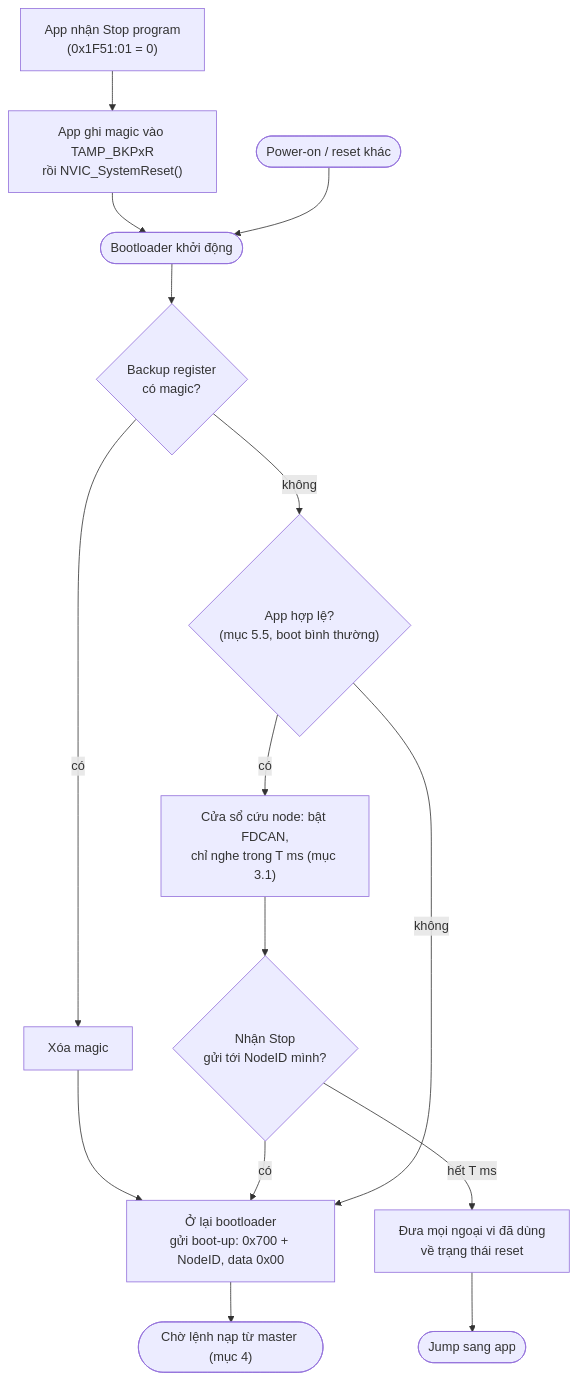
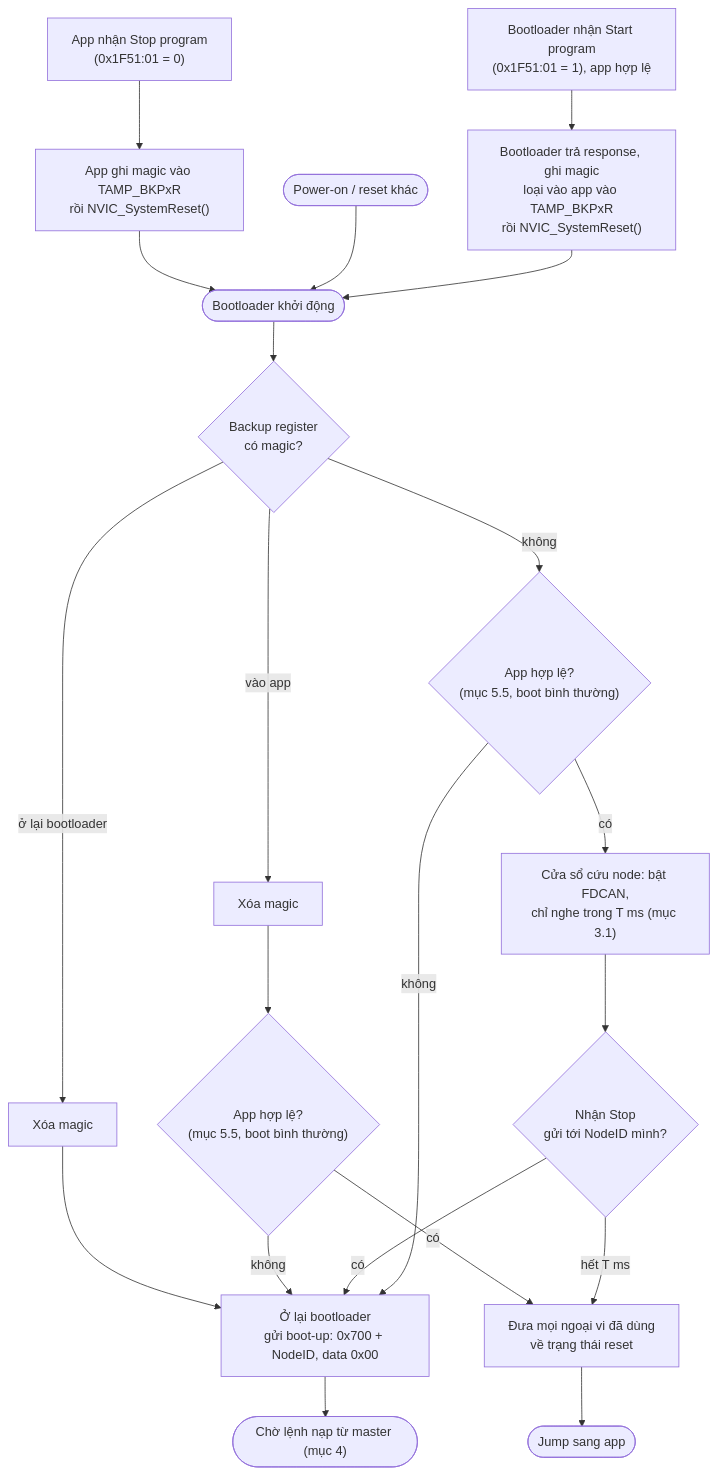
The first of 5 diagrams in docs/design.md (linh97abc/stm32_canopen_bootloader), drawn with Mermaid before and after one commit. The commit also changed other lines of this file and 5 other files, not shown here.

Commit message:
Thêm magic START_APP: sau Start vào thẳng app, bỏ qua cửa sổ cứu node

````diff
--- a/docs/design.md
+++ b/docs/design.md
@@ -45,17 +47,23 @@
 ```mermaid
 flowchart TD
     STOP["App nhận Stop program<br/>(0x1F51:01 = 0)"] --> WR["App ghi magic vào TAMP_BKPxR<br/>rồi NVIC_SystemReset()"]
     WR --> RST
     POR(["Power-on / reset khác"]) --> RST([Bootloader khởi động])
+    STARTP["Bootloader nhận Start program<br/>(0x1F51:01 = 1), app hợp lệ"] --> WRG["Bootloader trả response, ghi magic<br/>loại vào app vào TAMP_BKPxR<br/>rồi NVIC_SystemReset()"]
+    WRG --> RST
     RST --> MAGIC{"Backup register<br/>có magic?"}
-    MAGIC -- có --> CLR["Xóa magic"]
+    MAGIC -- "ở lại bootloader" --> CLR["Xóa magic"]
     CLR --> STAY["Ở lại bootloader<br/>gửi boot-up: 0x700 + NodeID, data 0x00"]
+    MAGIC -- "vào app" --> CLRG["Xóa magic"]
+    CLRG --> CHKG{"App hợp lệ?<br/>(mục 5.5, boot bình thường)"}
+    CHKG -- có --> CLEAN
+    CHKG -- không --> STAY
     MAGIC -- không --> CHK{"App hợp lệ?<br/>(mục 5.5, boot bình thường)"}
     CHK -- có --> WIN["Cửa sổ cứu node: bật FDCAN,<br/>chỉ nghe trong T ms (mục 3.1)"]
     WIN --> GOT{"Nhận Stop<br/>gửi tới NodeID mình?"}
     GOT -- có --> STAY
     GOT -- "hết T ms" --> CLEAN["Đưa mọi ngoại vi đã dùng<br/>về trạng thái reset"]
     CLEAN --> JMP([Jump sang app])
     CHK -- không --> STAY
     STAY --> WAIT(["Chờ lệnh nạp từ master (mục 4)"])
 ```
````
